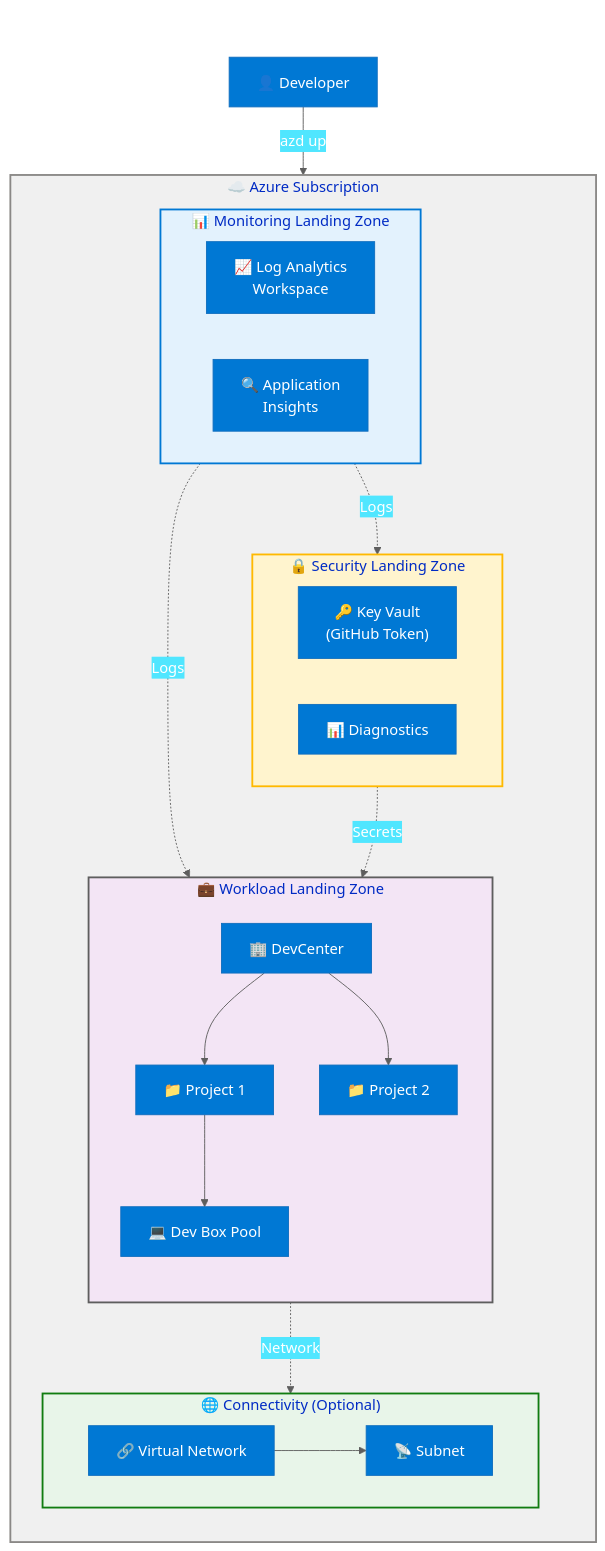
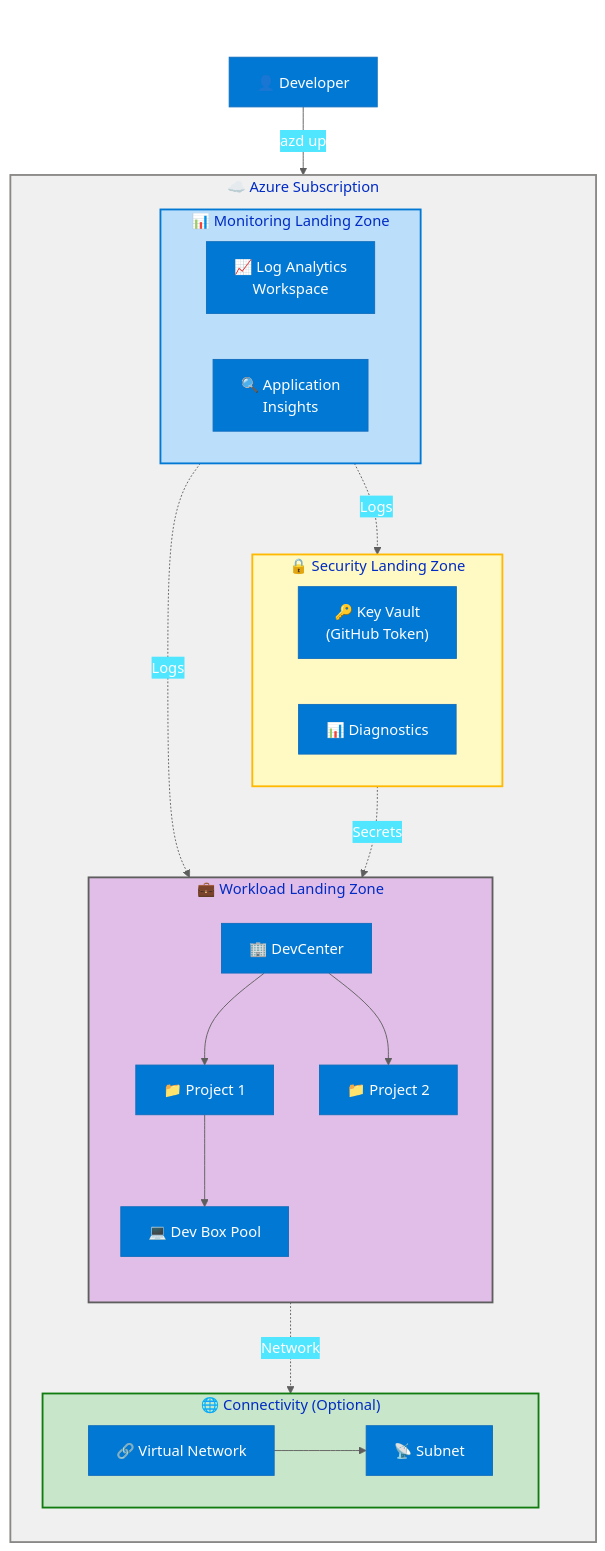
One commit to Evilazaro/DevExp-DevBox changed the diagram in README.md. Above: the diagram before and after it, drawn with Mermaid.

Commit message:
refactor: enhance architecture diagram in README.md with title, description, and updated color scheme for clarity

````diff
--- a/README.md
+++ b/README.md
@@ -92,61 +92,64 @@
 ```mermaid
 ---
 title: "DevExp-DevBox Architecture - Landing Zone Pattern"
 config:
   theme: base
   themeVariables:
     primaryColor: "#0078D4"
     primaryTextColor: "#fff"
     primaryBorderColor: "#106EBE"
     lineColor: "#5E5E5E"
     secondaryColor: "#50E6FF"
     tertiaryColor: "#FFD43B"
 ---
 flowchart TB
+    accTitle: DevExp-DevBox Architecture Diagram
+    accDescr: Azure Landing Zone architecture showing subscription-level deployment with four resource group layers - Security (Key Vault), Monitoring (Log Analytics), Workload (DevCenter with projects and pools), and optional Connectivity (Virtual Network). Developer initiates deployment via azd CLI, Key Vault provides secrets to DevCenter, and Log Analytics collects diagnostics from all resources.
+
     subgraph azure["☁️ Azure Subscription"]
         direction TB
 
         subgraph security["🔒 Security Landing Zone"]
             direction LR
             kv["🔑 Key Vault<br/>(GitHub Token)"]
             kvlogs["📊 Diagnostics"]
         end
 
         subgraph monitoring["📊 Monitoring Landing Zone"]
             direction LR
             la["📈 Log Analytics<br/>Workspace"]
             insights["🔍 Application<br/>Insights"]
         end
 
         subgraph workload["💼 Workload Landing Zone"]
             direction TB
             dc["🏢 DevCenter"]
             proj1["📁 Project 1"]
             proj2["📁 Project 2"]
             pool["💻 Dev Box Pool"]
 
             dc --> proj1
             dc --> proj2
             proj1 --> pool
         end
 
         subgraph connectivity["🌐 Connectivity (Optional)"]
             direction LR
             vnet["🔗 Virtual Network"]
             subnet["📡 Subnet"]
             vnet --> subnet
         end
     end
 
     user["👤 Developer"] -->|azd up| azure
     kv -.->|Secrets| dc
     la -.->|Logs| security
     la -.->|Logs| workload
     pool -.->|Network| subnet
 
     style azure fill:#F0F0F0,stroke:#8A8886,stroke-width:2px
-    style security fill:#FFF4CE,stroke:#FFB900,stroke-width:2px
-    style monitoring fill:#E3F2FD,stroke:#0078D4,stroke-width:2px
-    style workload fill:#F3E5F5,stroke:#5E5E5E,stroke-width:2px
-    style connectivity fill:#E8F5E9,stroke:#107C10,stroke-width:2px
+    style security fill:#FFF9C4,stroke:#FFB900,stroke-width:2px
+    style monitoring fill:#BBDEFB,stroke:#0078D4,stroke-width:2px
+    style workload fill:#E1BEE7,stroke:#5E5E5E,stroke-width:2px
+    style connectivity fill:#C8E6C9,stroke:#107C10,stroke-width:2px
 ```
````
